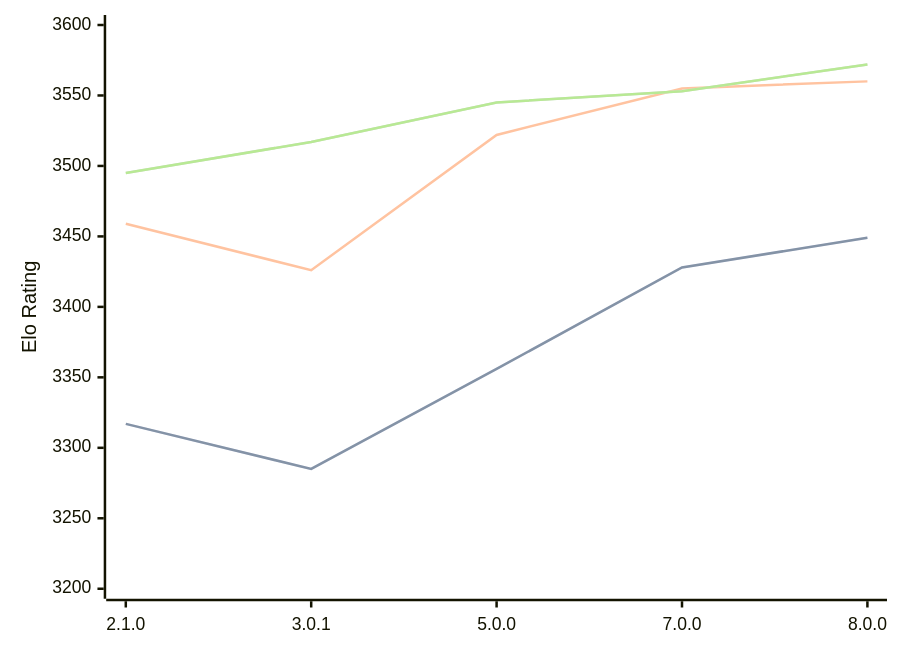
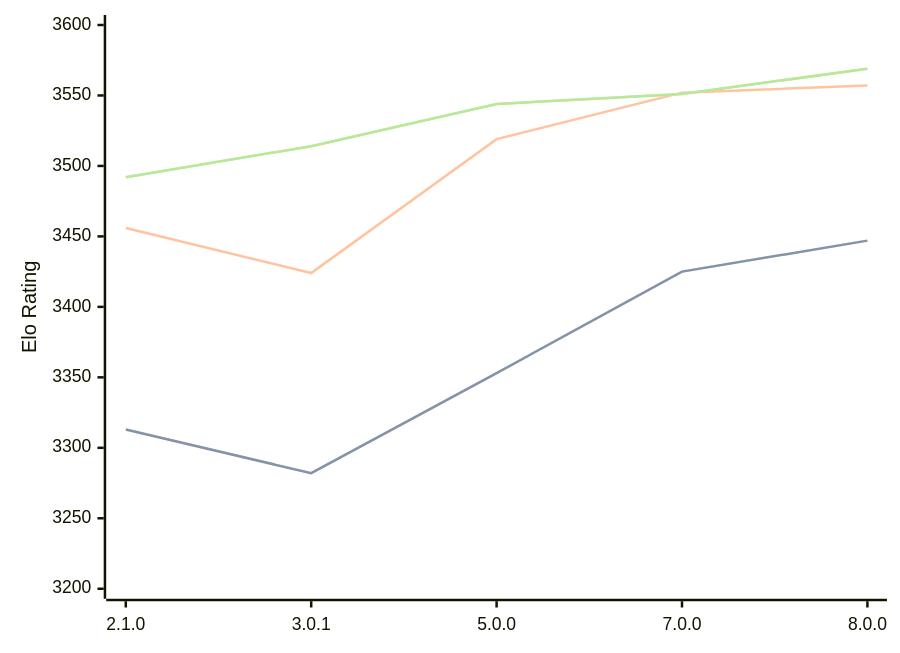
Before and after one commit to computer-chess-index/cci: the diagram in engines/PlentyChess.md, drawn with Mermaid. The commit also changed other lines of this file, not shown here.

Commit message:
Update CCI Ratings (ELO VLTC) - 2026-08-12

````diff
--- a/engines/PlentyChess.md
+++ b/engines/PlentyChess.md
@@ -37,11 +37,11 @@
 ```mermaid
 %%{init: {"theme":"base","themeVariables":{"seriesColors:['#a3a3a3','#222221','#faa371']}}}%%
 xychart-beta
   x-axis ["2.1.0", "3.0.1", "5.0.0", "7.0.0", "8.0.0"]
   y-axis "Elo Rating" 3200 --> 3600
-  line "STC (8.0+0.08s)" [3317, 3285, 3356, 3428, 3449]
-  line "STC (8.0+0.08s)" [3317, 3285, 3356, 3428, 3449]
-  line "LTC (60.0+0.60s)" [3459, 3426, 3522, 3555, 3560]
-  line "VLTC (2m24s+1.12s)" [3495, 3517, 3545, 3553, 3572]
-  line "VLTC (2m24s+1.12s)" [3495, 3517, 3545, 3553, 3572]
+  line "STC (8.0+0.08s)" [3313, 3282, 3353, 3425, 3447]
+  line "STC (8.0+0.08s)" [3313, 3282, 3353, 3425, 3447]
+  line "LTC (60.0+0.60s)" [3456, 3424, 3519, 3552, 3557]
+  line "VLTC (2m24s+1.12s)" [3492, 3514, 3544, 3551, 3569]
+  line "VLTC (2m24s+1.12s)" [3492, 3514, 3544, 3551, 3569]
 ```
````
